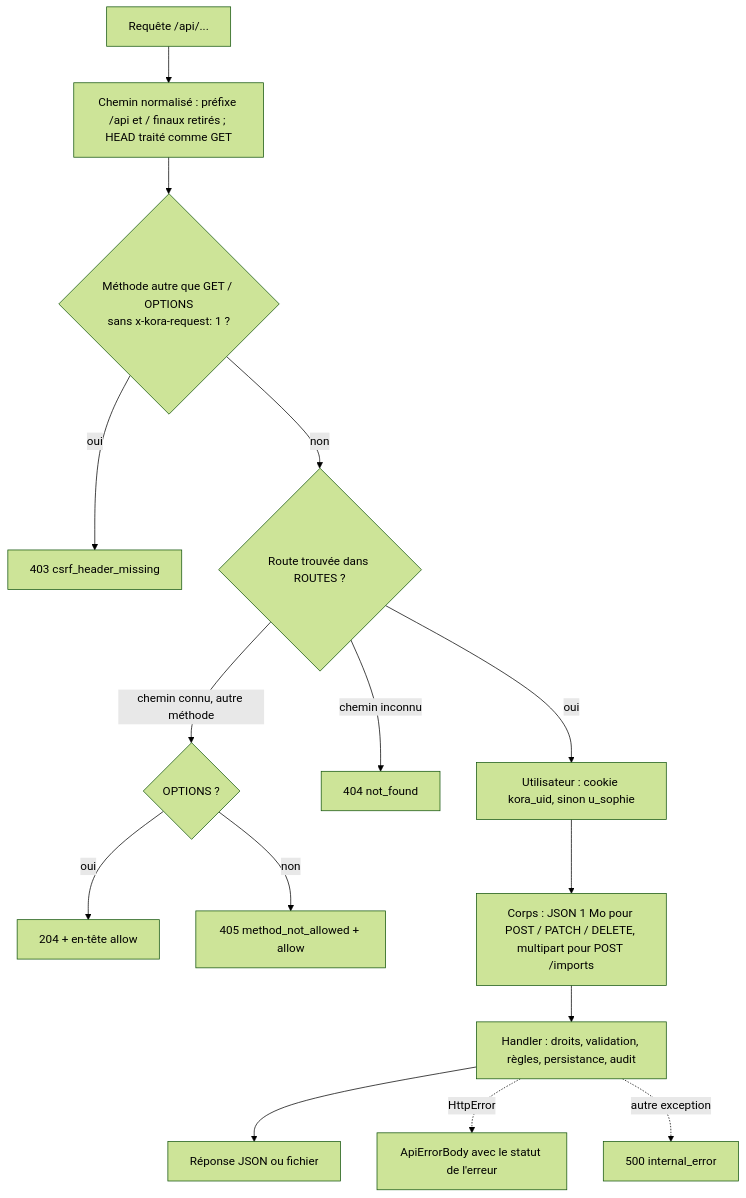
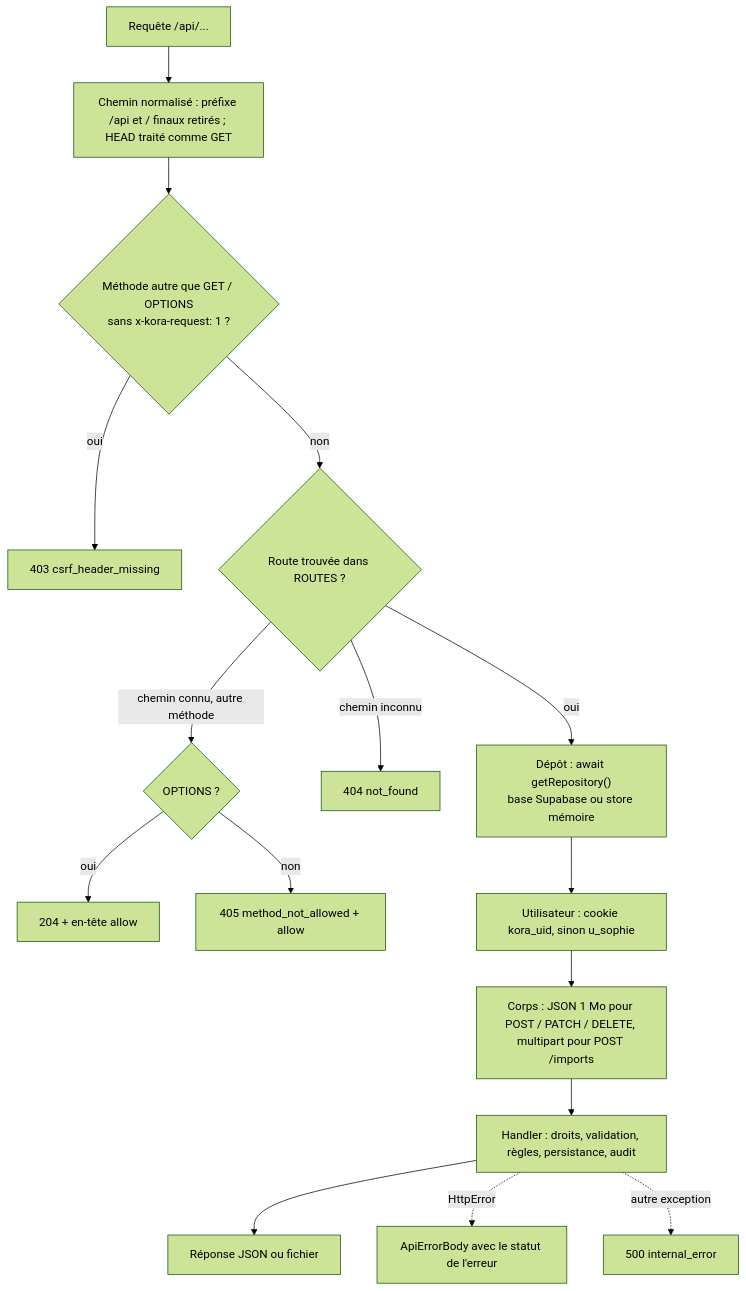
The first of 5 diagrams in docs/03-reference-api.md (Makk7709/koraino), drawn with Mermaid (forest theme) before and after one commit. The commit also changed other lines of this file and 12 other files, not shown here.

First line of the commit message:
docs: mise à jour pour la base Supabase et le collecteur réel

````diff
--- a/docs/03-reference-api.md
+++ b/docs/03-reference-api.md
@@ -112,17 +118,18 @@
 ```mermaid
 flowchart TD
   A[Requête /api/...] --> B[Chemin normalisé : préfixe /api et / finaux retirés ; HEAD traité comme GET]
   B --> C{Méthode autre que GET / OPTIONS<br/>sans x-kora-request: 1 ?}
   C -- oui --> E403[403 csrf_header_missing]
   C -- non --> D{Route trouvée dans ROUTES ?}
   D -- "chemin connu, autre méthode" --> F{OPTIONS ?}
   F -- oui --> O204[204 + en-tête allow]
   F -- non --> E405[405 method_not_allowed + allow]
   D -- "chemin inconnu" --> E404[404 not_found]
-  D -- oui --> G[Utilisateur : cookie kora_uid, sinon u_sophie]
+  D -- oui --> R["Dépôt : await getRepository()<br/>base Supabase ou store mémoire"]
+  R --> G[Utilisateur : cookie kora_uid, sinon u_sophie]
   G --> H[Corps : JSON 1 Mo pour POST / PATCH / DELETE, multipart pour POST /imports]
   H --> I[Handler : droits, validation, règles, persistance, audit]
   I --> J[Réponse JSON ou fichier]
   I -. HttpError .-> K[ApiErrorBody avec le statut de l'erreur]
   I -. autre exception .-> L[500 internal_error]
 ```
````
